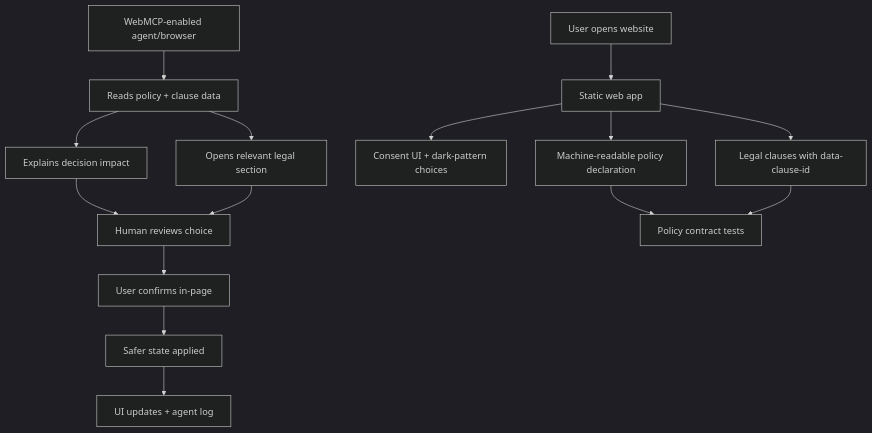
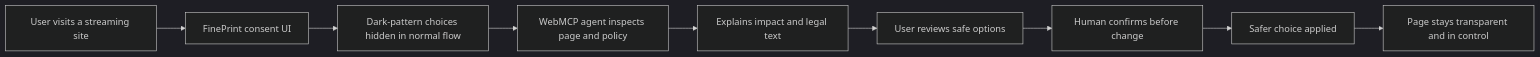
The diagram in README.md (antoprince001/fine-print-webmcp), drawn with Mermaid (dark theme) before and after one commit. The commit also changed other lines of this file, not shown here.

````diff
--- a/README.md
+++ b/README.md
@@ -47,20 +47,11 @@
 ```mermaid
-flowchart TD
-    A[User opens website] --> B[Static web app]
-    B --> C[Consent UI + dark-pattern choices]
-    B --> D[Machine-readable policy declaration]
-    B --> E[Legal clauses with data-clause-id]
-
-    F[WebMCP-enabled agent/browser] --> G[Reads policy + clause data]
-    G --> H[Explains decision impact]
-    G --> I[Opens relevant legal section]
-    H --> J[Human reviews choice]
-    I --> J
-
-    J --> K[User confirms in-page]
-    K --> L[Safer state applied]
-    L --> M[UI updates + agent log]
-
-    D --> N[Policy contract tests]
-    E --> N
+flowchart LR
+    A[User visits a streaming site] --> B[FinePrint consent UI]
+    B --> C[Dark-pattern choices hidden in normal flow]
+    C --> D[WebMCP agent inspects page and policy]
+    D --> E[Explains impact and legal text]
+    E --> F[User reviews safe options]
+    F --> G[Human confirms before change]
+    G --> H[Safer choice applied]
+    H --> I[Page stays transparent and in control]
 ```
````
